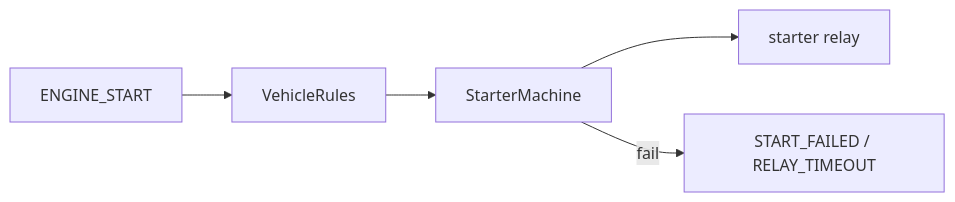
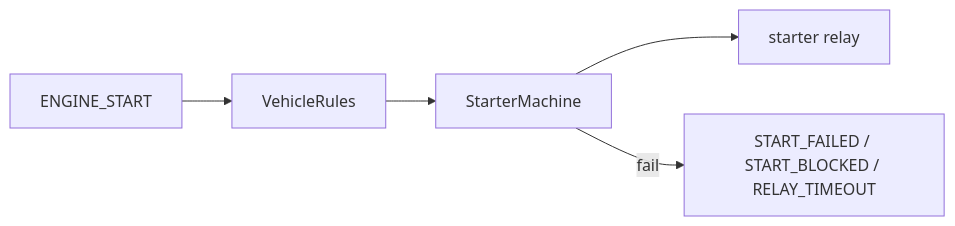
One commit to El-Vasao/AutoStartEspUnit changed the diagram in docs/PRODUCT.md. Above: the diagram before and after it, drawn with Mermaid. The commit also changed other lines of this file and 27 other files, not shown here.

````diff
--- a/docs/PRODUCT.md
+++ b/docs/PRODUCT.md
@@ -33,7 +37,7 @@
 ```mermaid
 flowchart LR
   Step[ENGINE_START] --> Rules[VehicleRules]
   Rules --> Starter[StarterMachine]
   Starter --> Relay[starter relay]
-  Starter -->|fail| Err[START_FAILED / RELAY_TIMEOUT]
+  Starter -->|fail| Err[START_FAILED / START_BLOCKED / RELAY_TIMEOUT]
 ```
````
